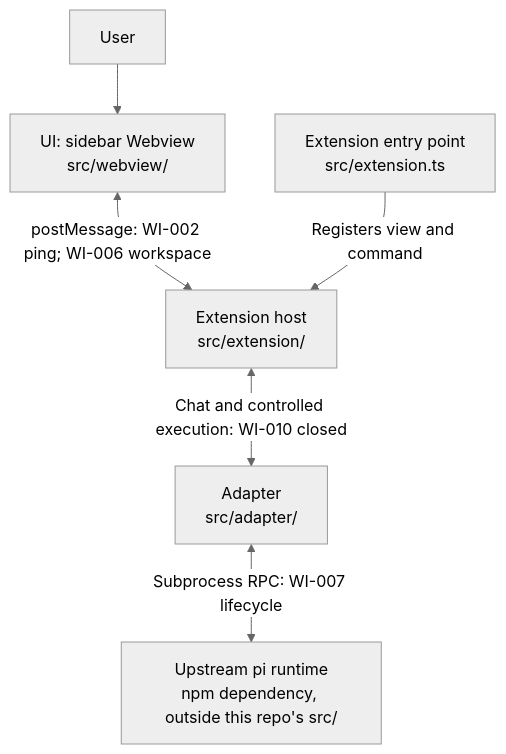
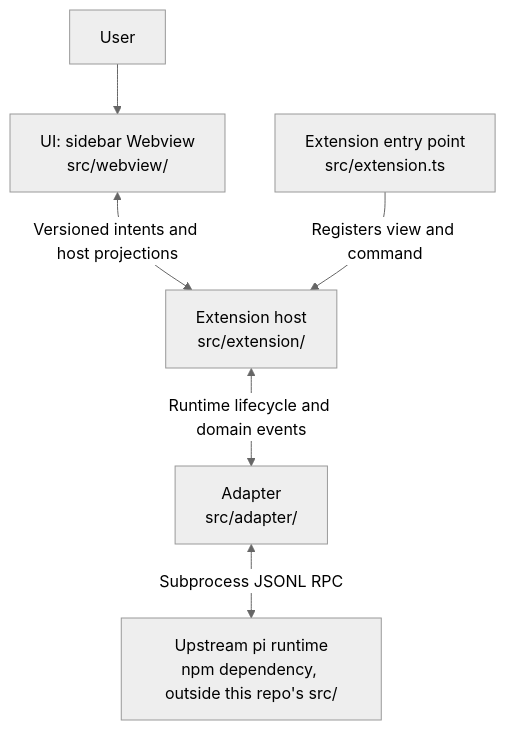
One commit to Hex4C59/pi-vscode changed the diagram in docs/architecture/vscode-extension-architecture.md. Above: the diagram before and after it, drawn with Mermaid (neutral theme). The commit also changed other lines of this file and 24 other files, not shown here.

````diff
--- a/docs/architecture/vscode-extension-architecture.md
+++ b/docs/architecture/vscode-extension-architecture.md
@@ -33,8 +33,8 @@
 ```mermaid
 flowchart TD
     U["User"] --> W["UI: sidebar Webview<br/>src/webview/"]
-    W <-->|"postMessage: WI-002 ping; WI-006 workspace"| H["Extension host<br/>src/extension/"]
-    H <-->|"Chat and controlled execution: WI-010 closed"| A["Adapter<br/>src/adapter/"]
-    A <-->|"Subprocess RPC: WI-007 lifecycle"| P["Upstream pi runtime<br/>npm dependency, outside this repo's src/"]
+    W <-->|"Versioned intents and host projections"| H["Extension host<br/>src/extension/"]
+    H <-->|"Runtime lifecycle and domain events"| A["Adapter<br/>src/adapter/"]
+    A <-->|"Subprocess JSONL RPC"| P["Upstream pi runtime<br/>npm dependency, outside this repo's src/"]
     E["Extension entry point<br/>src/extension.ts"] -->|"Registers view and command"| H
 ```
````
